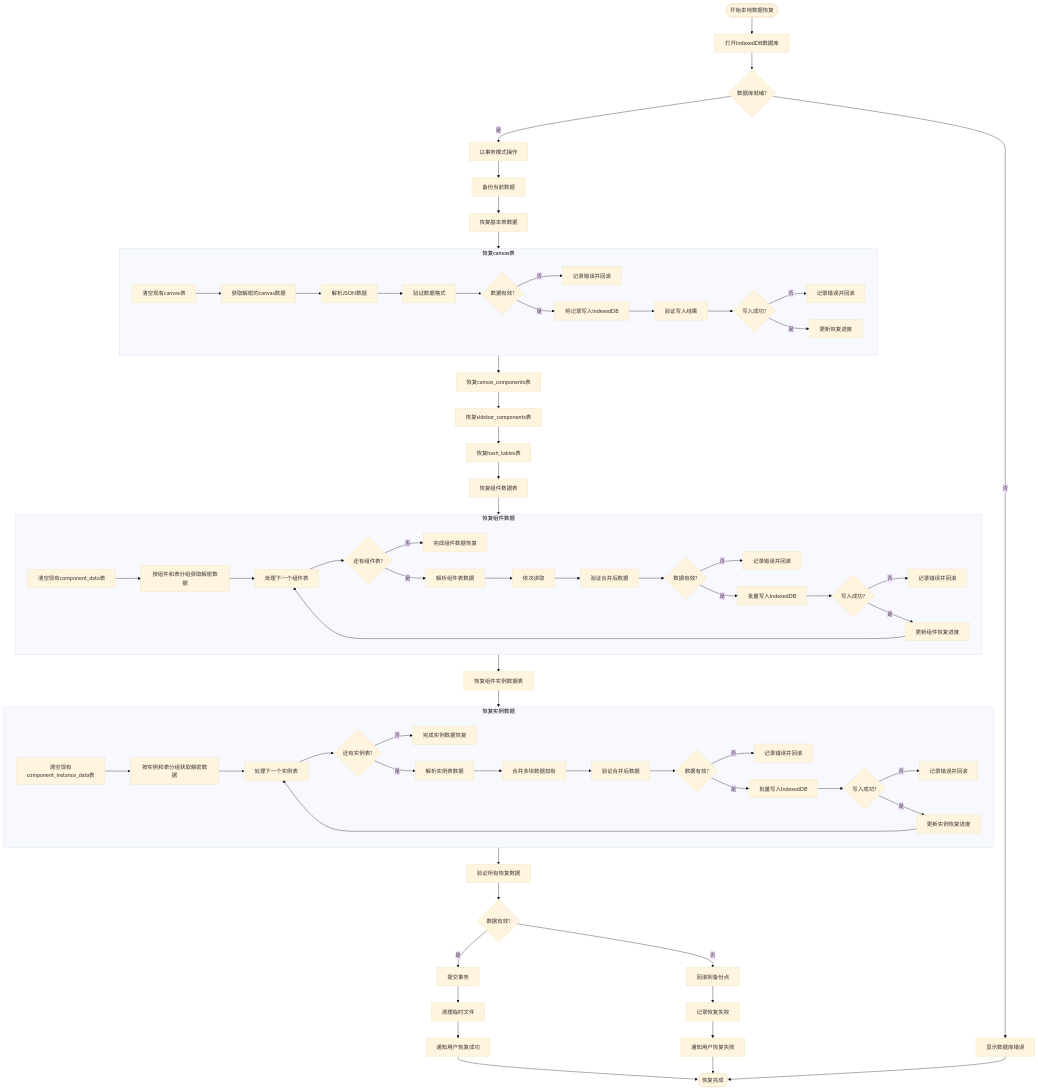
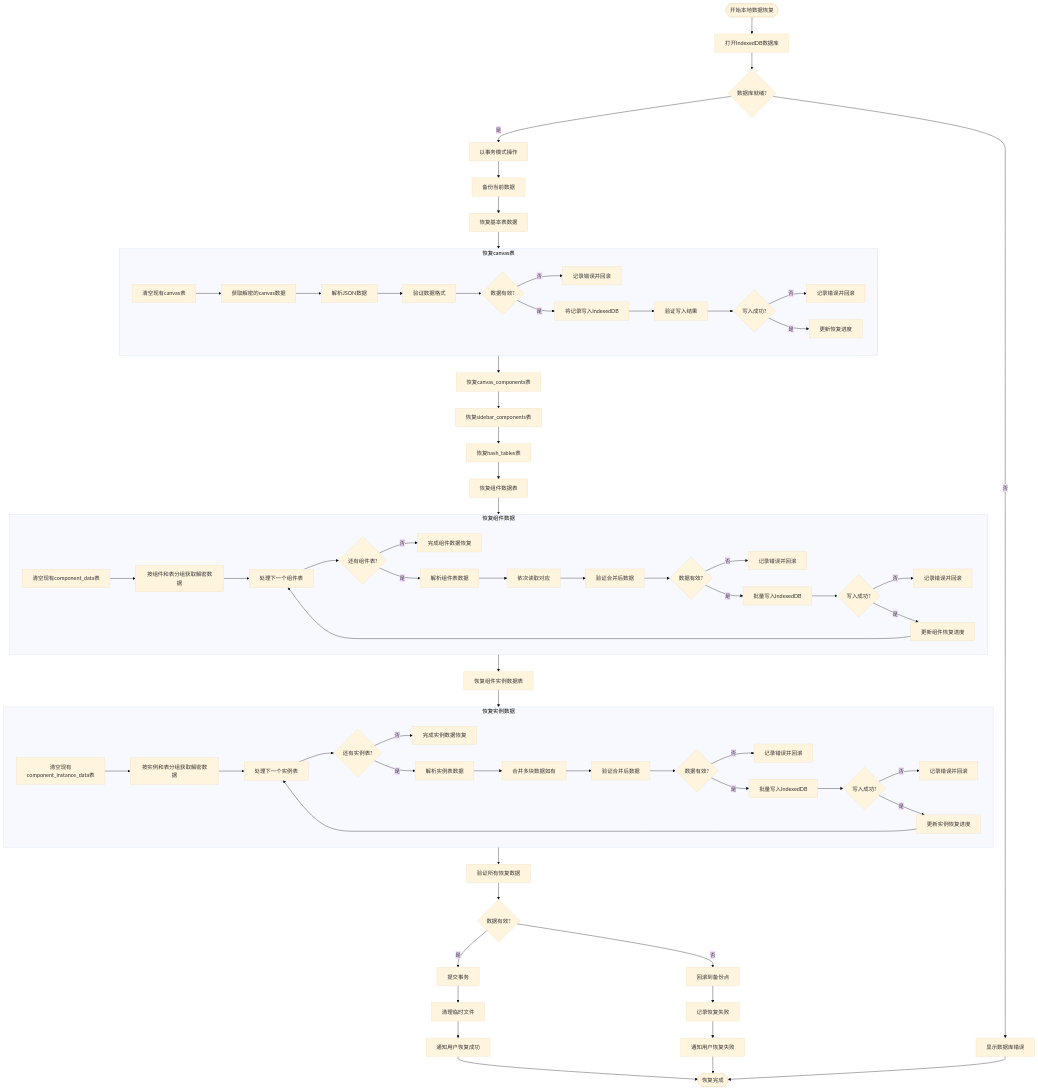
The diagram in all/未命名-53.md (yingjianzh/iodraw-files), drawn with Mermaid (base theme) before and after one commit.

Commit message:
2025-05-09 17:26:34 update

```diff
--- a/all/未命名-53.md
+++ b/all/未命名-53.md
@@ -36,7 +36,7 @@
         RCD3 --> RCD4{还有组件表?}
         RCD4 -->|否| RCD14[完成组件数据恢复]
         RCD4 -->|是| RCD5[解析组件表数据]
-        RCD5 --> RCD6[依次读取]
+        RCD5 --> RCD6[依次读取对应]
         RCD6 --> RCD7[验证合并后数据]
         RCD7 --> RCD8{数据有效?}
         RCD8 -->|否| RCD9[记录错误并回滚]
```
